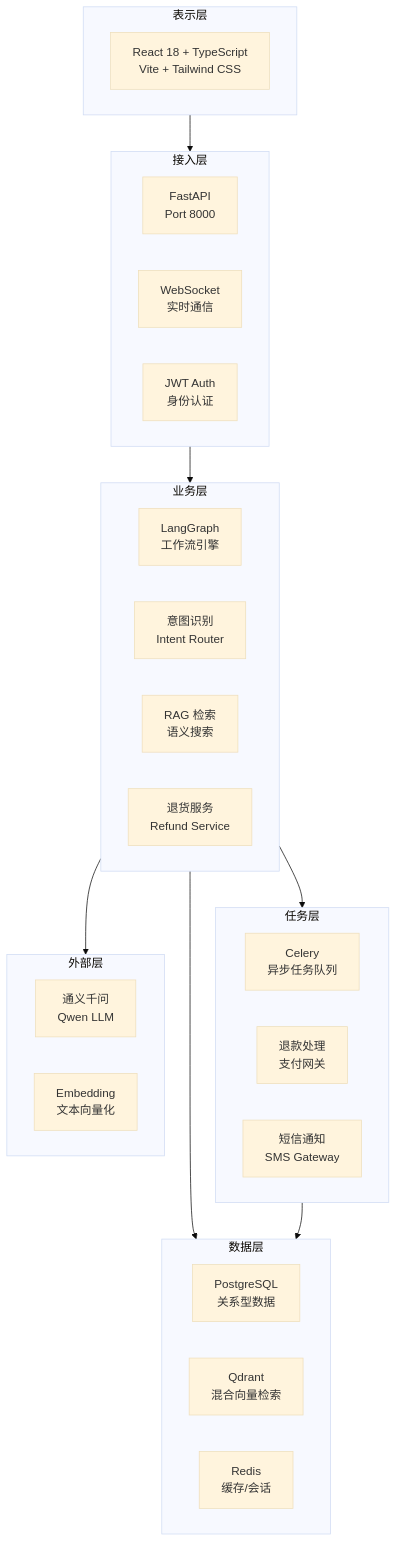
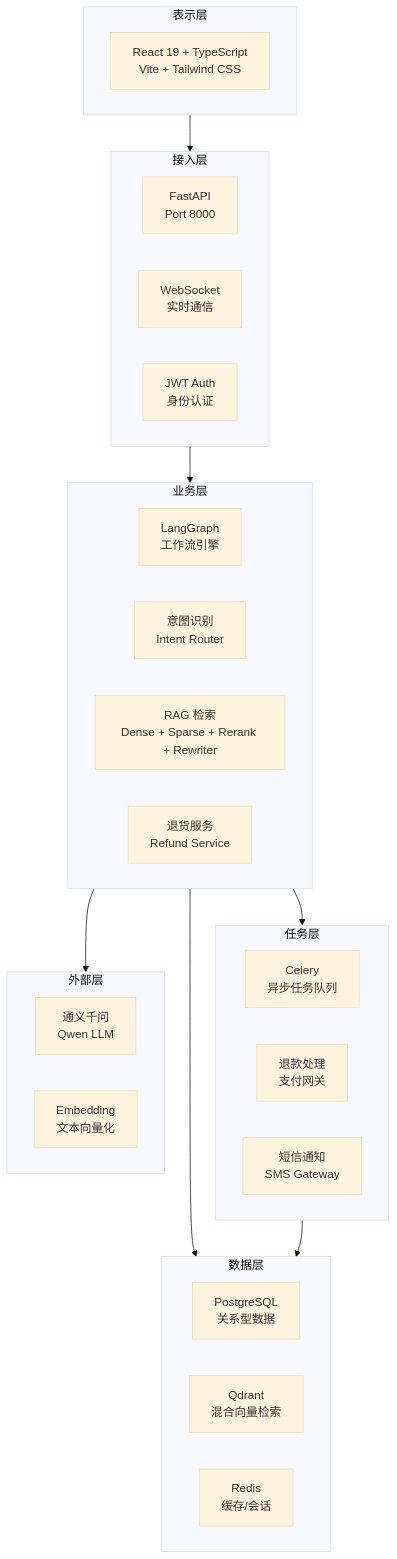
Before and after one commit to Mr-ZeLong/E-commerce-Smart-Agent: the seventh of 8 diagrams in architecture.md, drawn with Mermaid (base theme). The commit also changed other lines of this file and 2 other files, not shown here.

Commit message:
docs: update README, architecture, and add AGENTS.md

````diff
--- a/architecture.md
+++ b/architecture.md
@@ -354,43 +351,43 @@
 ```mermaid
 flowchart TB
     subgraph Layer1["表示层"]
-        F1["React 18 + TypeScript<br/>Vite + Tailwind CSS"]
+        F1["React 19 + TypeScript<br/>Vite + Tailwind CSS"]
     end
 
     subgraph Layer2["接入层"]
         A1["FastAPI<br/>Port 8000"]
         A2["WebSocket<br/>实时通信"]
         A3["JWT Auth<br/>身份认证"]
     end
 
     subgraph Layer3["业务层"]
         B1["LangGraph<br/>工作流引擎"]
         B2["意图识别<br/>Intent Router"]
-        B3["RAG 检索<br/>语义搜索"]
+        B3["RAG 检索<br/>Dense + Sparse + Rerank + Rewriter"]
         B4["退货服务<br/>Refund Service"]
     end
 
     subgraph Layer4["任务层"]
         T1["Celery<br/>异步任务队列"]
         T2["退款处理<br/>支付网关"]
         T3["短信通知<br/>SMS Gateway"]
     end
 
     subgraph Layer5["数据层"]
         D1["PostgreSQL<br/>关系型数据"]
         D2["Qdrant<br/>混合向量检索"]
         D3["Redis<br/>缓存/会话"]
     end
 
     subgraph Layer6["外部层"]
         E1["通义千问<br/>Qwen LLM"]
         E2["Embedding<br/>文本向量化"]
     end
 
     Layer1 --> Layer2
     Layer2 --> Layer3
     Layer3 --> Layer4
     Layer3 --> Layer5
     Layer4 --> Layer5
     Layer3 --> Layer6
 ```
````
